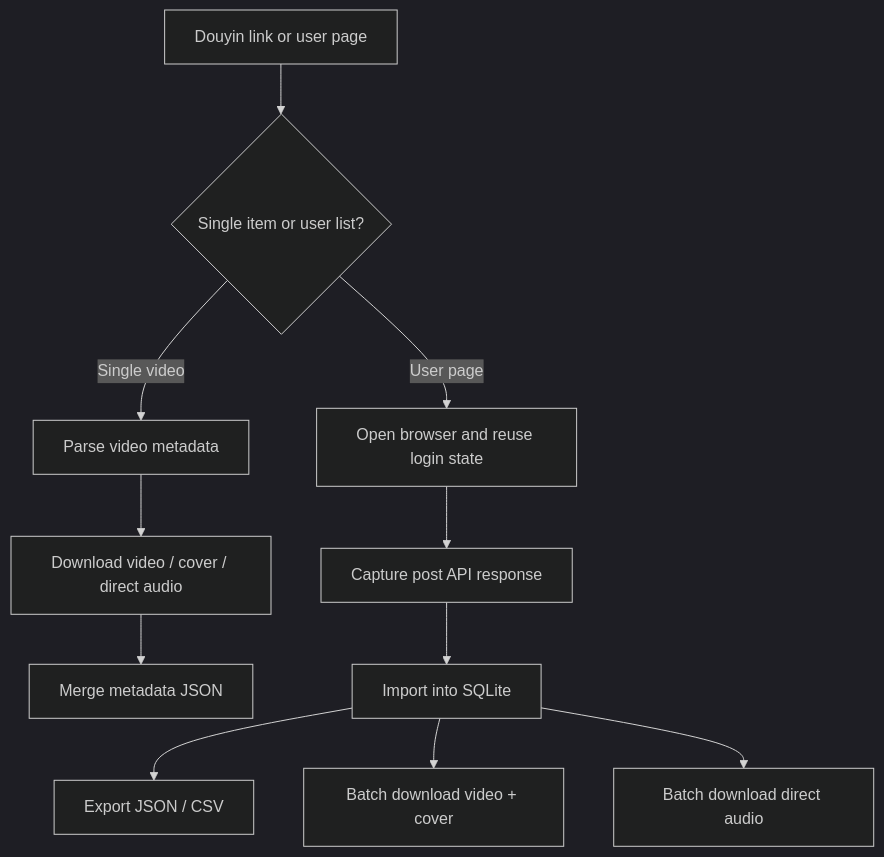
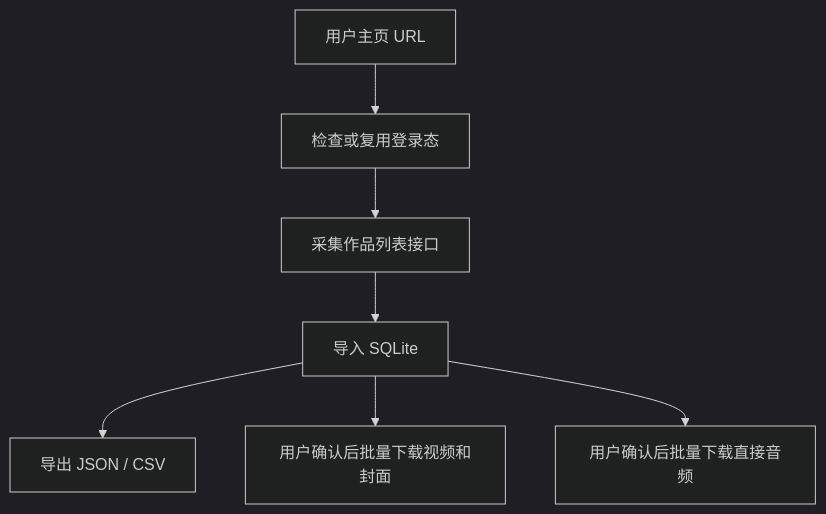
Before and after one commit to chemny/douyin-video-downloader: the second of 2 diagrams in README.md, drawn with Mermaid (dark theme). The commit also changed other lines of this file and 17 other files, not shown here.

````diff
--- a/README.md
+++ b/README.md
@@ -30,13 +61,9 @@
 ```mermaid
 flowchart TD
-  A["Douyin link or user page"] --> B{"Single item or user list?"}
-  B -->|"Single video"| C["Parse video metadata"]
-  C --> D["Download video / cover / direct audio"]
-  D --> E["Merge metadata JSON"]
-  B -->|"User page"| F["Open browser and reuse login state"]
-  F --> G["Capture post API response"]
-  G --> H["Import into SQLite"]
-  H --> I["Export JSON / CSV"]
-  H --> J["Batch download video + cover"]
-  H --> K["Batch download direct audio"]
+  A["用户主页 URL"] --> B["检查或复用登录态"]
+  B --> C["采集作品列表接口"]
+  C --> D["导入 SQLite"]
+  D --> E["导出 JSON / CSV"]
+  D --> F["用户确认后批量下载视频和封面"]
+  D --> G["用户确认后批量下载直接音频"]
 ```
````
